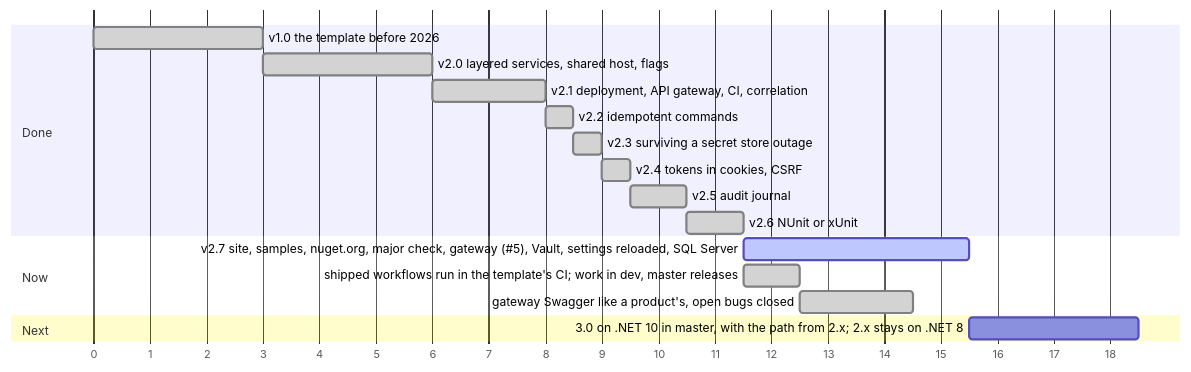
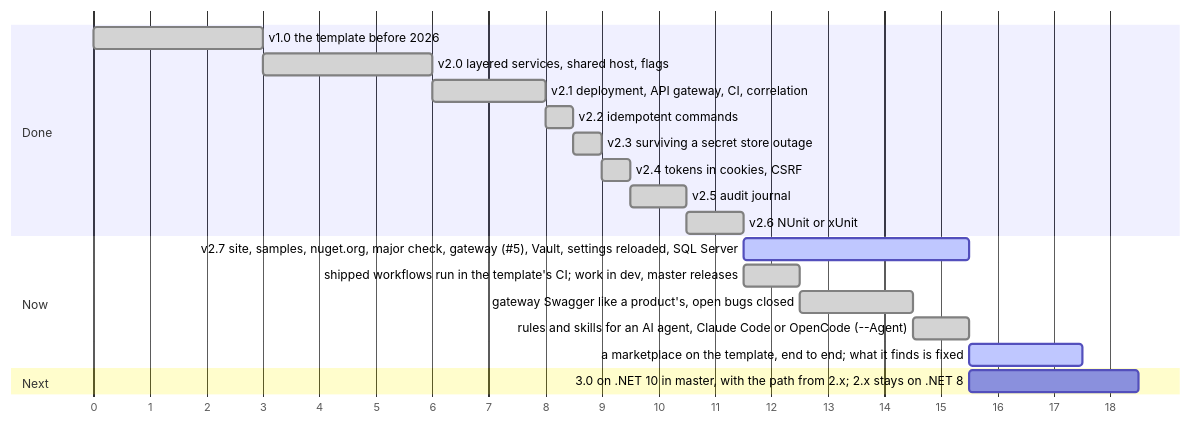
Before and after one commit to Vovanda/DotNetSolutionKit: the diagram in docs/roadmap.md, drawn with Mermaid. The commit also changed 29 other files, not shown here.

First line of the commit message:
feat: a generated solution carries rules and skills for an AI agent, for Claude Code or OpenCode

````diff
--- a/docs/roadmap.md
+++ b/docs/roadmap.md
@@ -5,24 +5,26 @@
 ```mermaid
 gantt
     dateFormat X
     axisFormat %s
     tickInterval 1second
 
     section Done
     v1.0 the template before 2026                         :done, s1, 0, 3000ms
     v2.0 layered services, shared host, flags             :done, s2, after s1, 3000ms
     v2.1 deployment, API gateway, CI, correlation         :done, s3, after s2, 2000ms
     v2.2 idempotent commands                              :done, s4, after s3, 500ms
     v2.3 surviving a secret store outage                  :done, s5, after s4, 500ms
     v2.4 tokens in cookies, CSRF                          :done, s6, after s5, 500ms
     v2.5 audit journal                                    :done, s7, after s6, 1000ms
     v2.6 NUnit or xUnit                                   :done, s8, after s7, 1000ms
 
     section Now
     v2.7 site, samples, nuget.org, major check, gateway (#5), Vault, settings reloaded, SQL Server :active, s9, after s8, 4000ms
     shipped workflows run in the template's CI; work in dev, master releases :done, s10, after s8, 1000ms
     gateway Swagger like a product's, open bugs closed :done, s11, after s10, 2000ms
+    rules and skills for an AI agent, Claude Code or OpenCode (--Agent) :done, s12, after s11, 1000ms
+    a marketplace on the template, end to end; what it finds is fixed :active, s13, after s12, 2000ms
 
     section Next
     3.0 on .NET 10 in master, with the path from 2.x; 2.x stays on .NET 8 :s15, after s9, 3000ms
 ```
````
